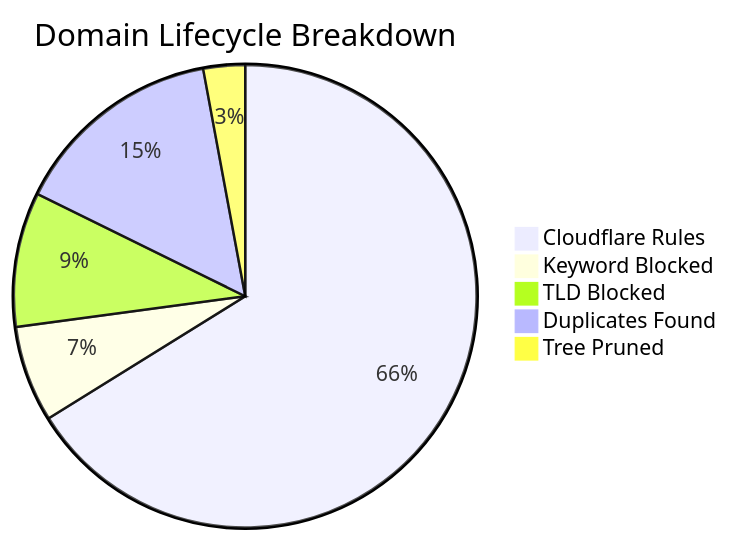
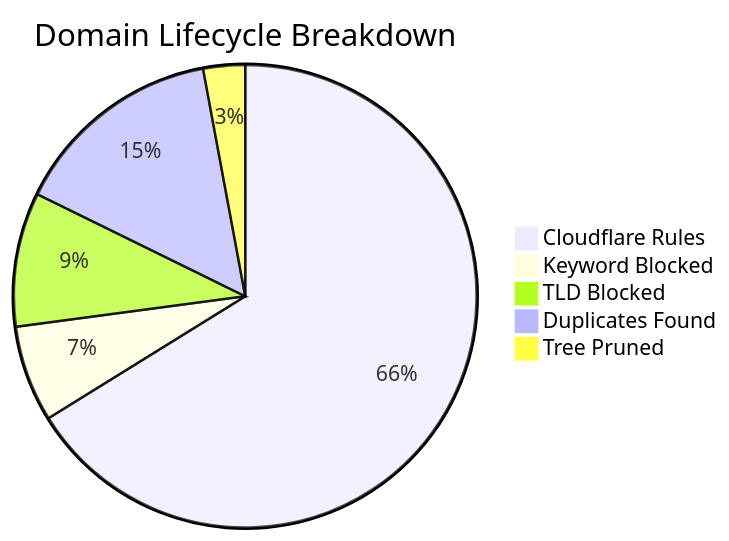
Before and after one commit to brojangles24/Cloudflare-ZeroTrust-AdBlock: the diagram in README_STATS.md, drawn with Mermaid. The commit also changed other lines of this file and 1 other file, not shown here.

````diff
--- a/README_STATS.md
+++ b/README_STATS.md
@@ -5,8 +5,8 @@
 ```mermaid
 pie title Domain Lifecycle Breakdown
-    "Cloudflare Rules" : 278199
-    "Keyword Blocked" : 28238
-    "TLD Blocked" : 39548
-    "Duplicates Found" : 62268
+    "Cloudflare Rules" : 277856
+    "Keyword Blocked" : 28209
+    "TLD Blocked" : 39361
+    "Duplicates Found" : 62224
     "Tree Pruned" : 12262
 ```
````
